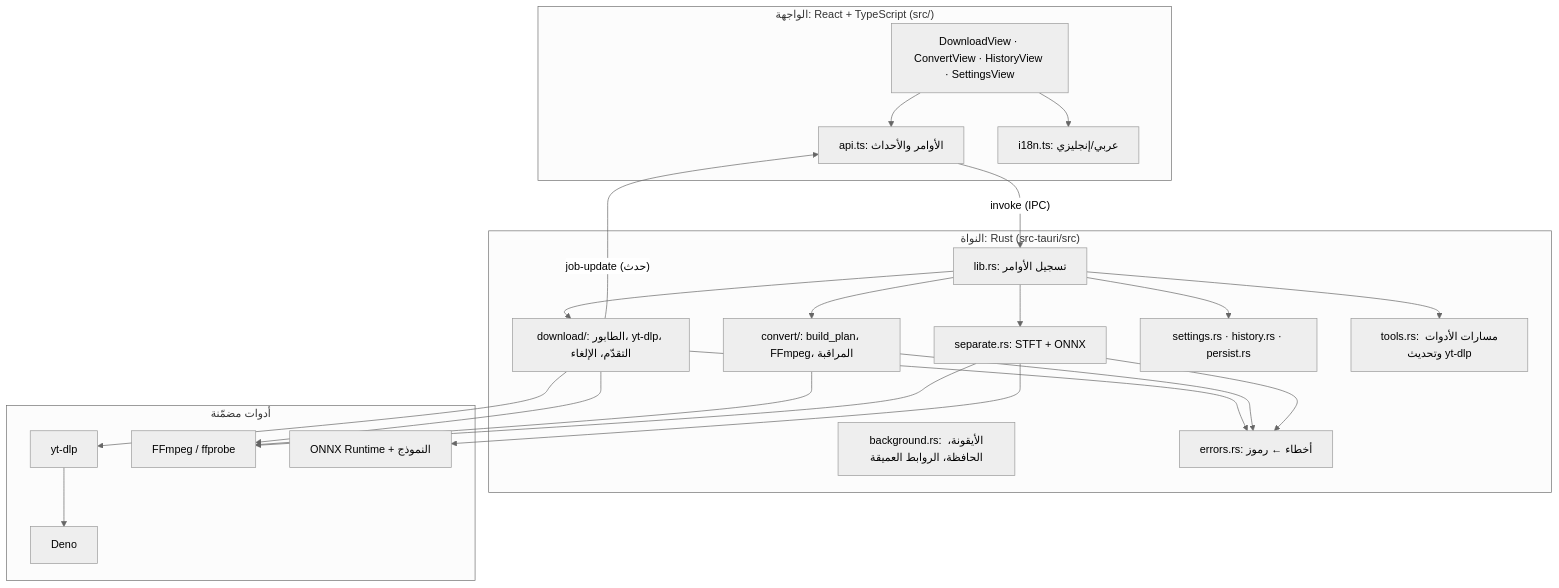
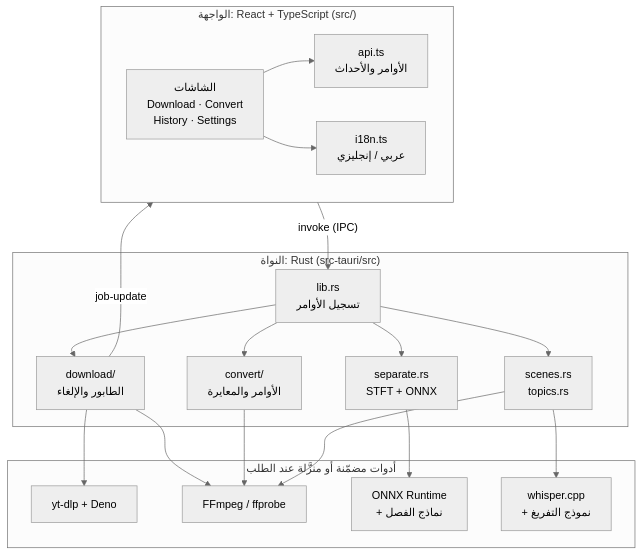
Before and after one commit to jake750/khama: the first of 5 diagrams in docs/report/04-design.md, drawn with Mermaid (neutral theme). The commit also changed other lines of this file and 6 other files, not shown here.

First line of the commit message:
R3-A48: تصحيح مخطط الحالات، وحالات استخدام بصيغة UML، ومخططات مقروءة مطبوعة، والعنوان تحت الشكل

````diff
--- a/docs/report/04-design.md
+++ b/docs/report/04-design.md
@@ -44,35 +42,31 @@
 ```mermaid
 flowchart TB
   subgraph WebView["الواجهة: React + TypeScript (src/)"]
-    V[DownloadView · ConvertView · HistoryView · SettingsView]
-    API[api.ts: الأوامر والأحداث]
-    I18N[i18n.ts: عربي/إنجليزي]
+    direction LR
+    V["الشاشات<br/>Download · Convert<br/>History · Settings"]
+    API["api.ts<br/>الأوامر والأحداث"]
+    I18N["i18n.ts<br/>عربي / إنجليزي"]
     V --> API
     V --> I18N
   end
   subgraph Core["النواة: Rust (src-tauri/src)"]
-    CMD[lib.rs: تسجيل الأوامر]
-    DL[download/: الطابور، yt-dlp، التقدّم، الإلغاء]
-    CV[convert/: build_plan، FFmpeg، المراقبة]
-    SEP[separate.rs: STFT + ONNX]
-    ST[settings.rs · history.rs · persist.rs]
-    TL[tools.rs: مسارات الأدوات وتحديث yt-dlp]
-    BG[background.rs: الأيقونة، الحافظة، الروابط العميقة]
-    ER[errors.rs: أخطاء ← رموز]
+    CMD["lib.rs<br/>تسجيل الأوامر"]
+    DL["download/<br/>الطابور والإلغاء"]
+    CV["convert/<br/>الأوامر والمعايرة"]
+    SEP["separate.rs<br/>STFT + ONNX"]
+    AX["scenes.rs<br/>topics.rs"]
   end
-  subgraph Ext["أدوات مضمّنة"]
-    Y[yt-dlp] 
-    F[FFmpeg / ffprobe]
-    D[Deno]
-    O[ONNX Runtime + النموذج]
+  subgraph Ext["أدوات مضمّنة أو منزَّلة عند الطلب"]
+    Y["yt-dlp + Deno"]
+    F["FFmpeg / ffprobe"]
+    O["ONNX Runtime<br/>+ نماذج الفصل"]
+    WH["whisper.cpp<br/>+ نموذج التفريغ"]
   end
   API -- "invoke (IPC)" --> CMD
-  CMD --> DL & CV & SEP & ST & TL
-  DL -- "job-update (حدث)" --> API
-  DL --> Y --> D
-  DL --> F
-  CV --> F
+  DL -- "job-update" --> API
+  CMD --> DL & CV & SEP & AX
+  DL --> Y
+  DL & CV & AX --> F
   SEP --> O
-  SEP --> F
-  DL & CV & SEP --> ER
+  AX --> WH
 ```
````
